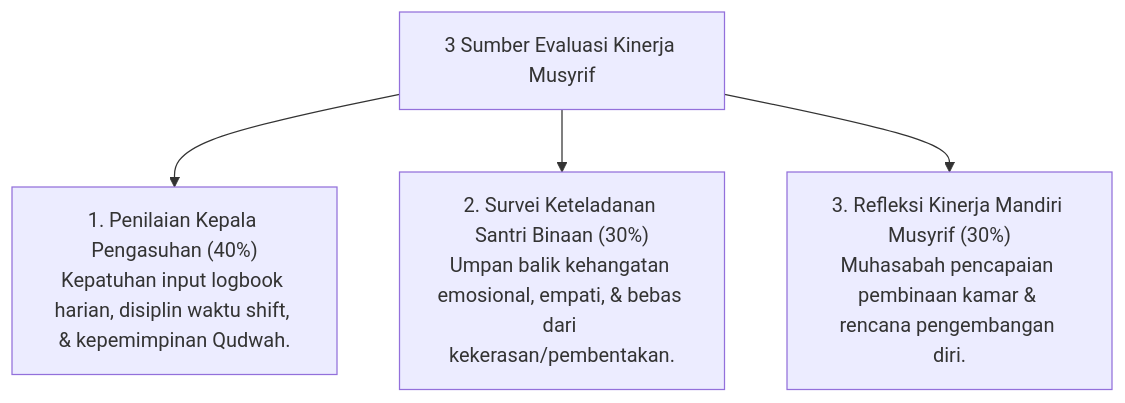
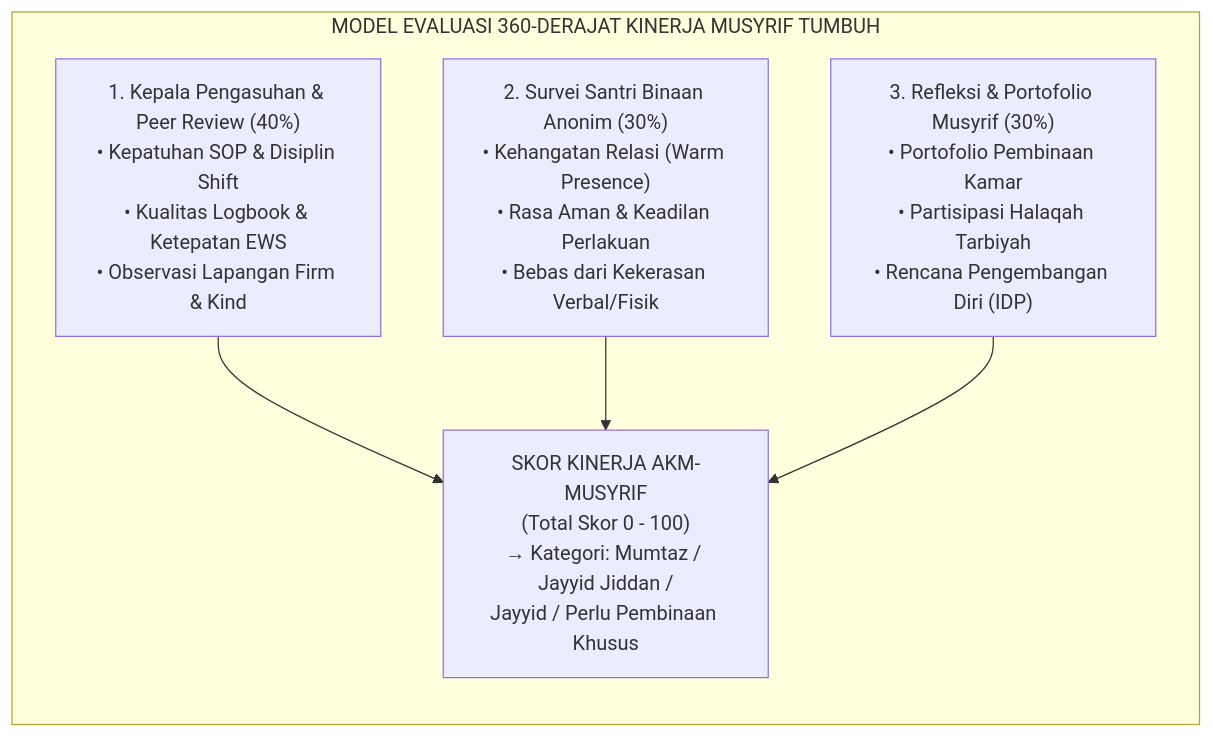
Before and after one commit to wandiapriliyandi/tumbuh: the first of 2 diagrams in 07 Implementation Framework/10 Evaluation/P7-10-02-Sistem-Asesmen-Kinerja-dan-Keteladanan-Musyrif.md, drawn with Mermaid. The commit also changed other lines of this file and 3 other files, not shown here.

````diff
--- a/07 Implementation Framework/10 Evaluation/P7-10-02-Sistem-Asesmen-Kinerja-dan-Keteladanan-Musyrif.md
+++ b/07 Implementation Framework/10 Evaluation/P7-10-02-Sistem-Asesmen-Kinerja-dan-Keteladanan-Musyrif.md
@@ -14,7 +28,8 @@
 ```mermaid
-graph TD
-    MusyrifEval["3 Sumber Evaluasi Kinerja Musyrif"]
-    MusyrifEval --> HeadEval["1. Penilaian Kepala Pengasuhan (40%)<br/>Kepatuhan input logbook harian, disiplin waktu shift, & kepemimpinan Qudwah."]
-    MusyrifEval --> SantriFeedback["2. Survei Keteladanan Santri Binaan (30%)<br/>Umpan balik kehangatan emosional, empati, & bebas dari kekerasan/pembentakan."]
-    MusyrifEval --> SelfReflect["3. Refleksi Kinerja Mandiri Musyrif (30%)<br/>Muhasabah pencapaian pembinaan kamar & rencana pengembangan diri."]
+flowchart LR
+    subgraph AppraisalTriad["MODEL EVALUASI 360-DERAJAT KINERJA MUSYRIF TUMBUH"]
+        Head["1. Kepala Pengasuhan & Peer Review (40%)<br/>• Kepatuhan SOP & Disiplin Shift<br/>• Kualitas Logbook & Ketepatan EWS<br/>• Observasi Lapangan Firm & Kind"] --> Final["SKOR KINERJA AKM-MUSYRIF<br/>(Total Skor 0 - 100)<br/>→ Kategori: Mumtaz / Jayyid Jiddan /<br/>Jayyid / Perlu Pembinaan Khusus"]
+        Santri["2. Survei Santri Binaan Anonim (30%)<br/>• Kehangatan Relasi (Warm Presence)<br/>• Rasa Aman & Keadilan Perlakuan<br/>• Bebas dari Kekerasan Verbal/Fisik"] --> Final
+        Self["3. Refleksi & Portofolio Musyrif (30%)<br/>• Portofolio Pembinaan Kamar<br/>• Partisipasi Halaqah Tarbiyah<br/>• Rencana Pengembangan Diri (IDP)"] --> Final
+    end
 ```
````
